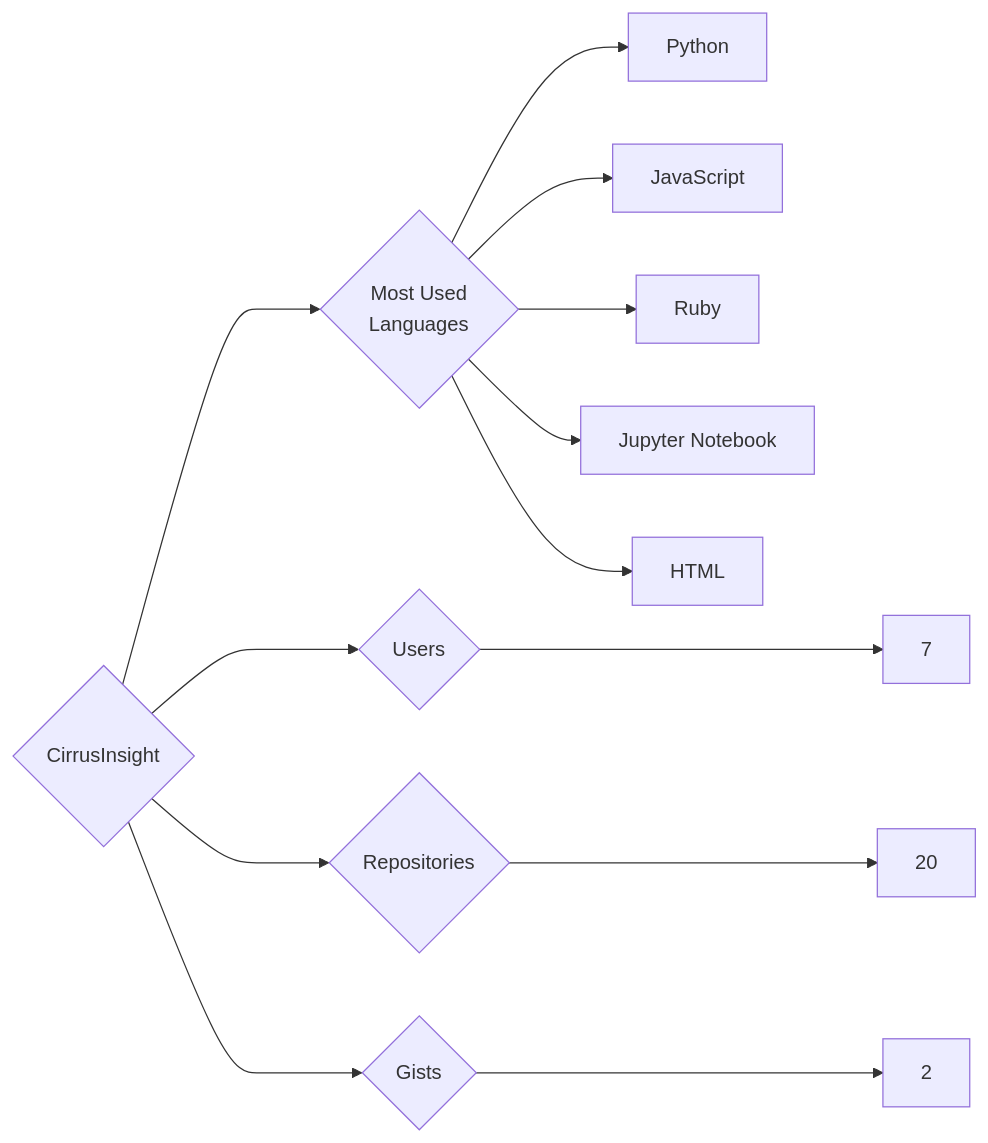
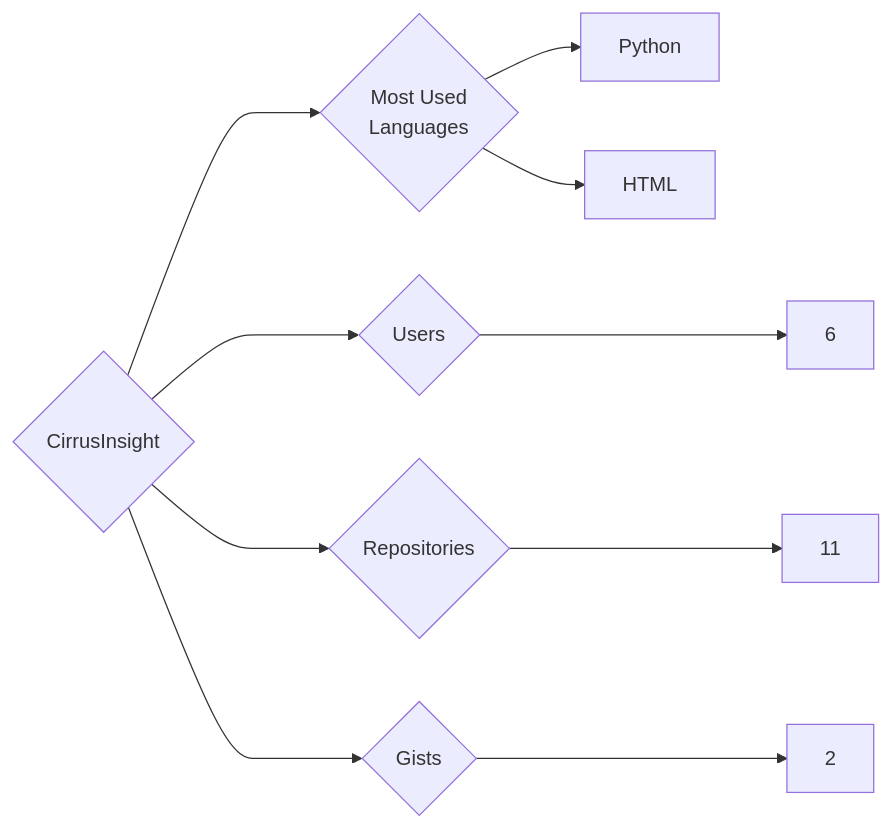
Before and after one commit to trickest/insiders: the diagram in targets/CirrusInsight/README.md, drawn with Mermaid. The commit also changed 1088 other files, not shown here.

````diff
--- a/targets/CirrusInsight/README.md
+++ b/targets/CirrusInsight/README.md
@@ -3,13 +3,10 @@
 ```mermaid
 graph LR
 COMPANY_NAME{CirrusInsight}
-COMPANY_NAME ---> U{Users} ---> UN[7]
-COMPANY_NAME ---> R{Repositories} ---> RN[20]
+COMPANY_NAME ---> U{Users} ---> UN[6]
+COMPANY_NAME ---> R{Repositories} ---> RN[11]
 COMPANY_NAME ---> G{Gists} ---> GN[2]
 COMPANY_NAME ---> ML{Most Used<br>Languages}
 ML --> Python[Python]
-ML --> JavaScript[JavaScript]
-ML --> Ruby[Ruby]
-ML --> Jupyter_Notebook[Jupyter Notebook]
 ML --> HTML[HTML]
 ```
````
